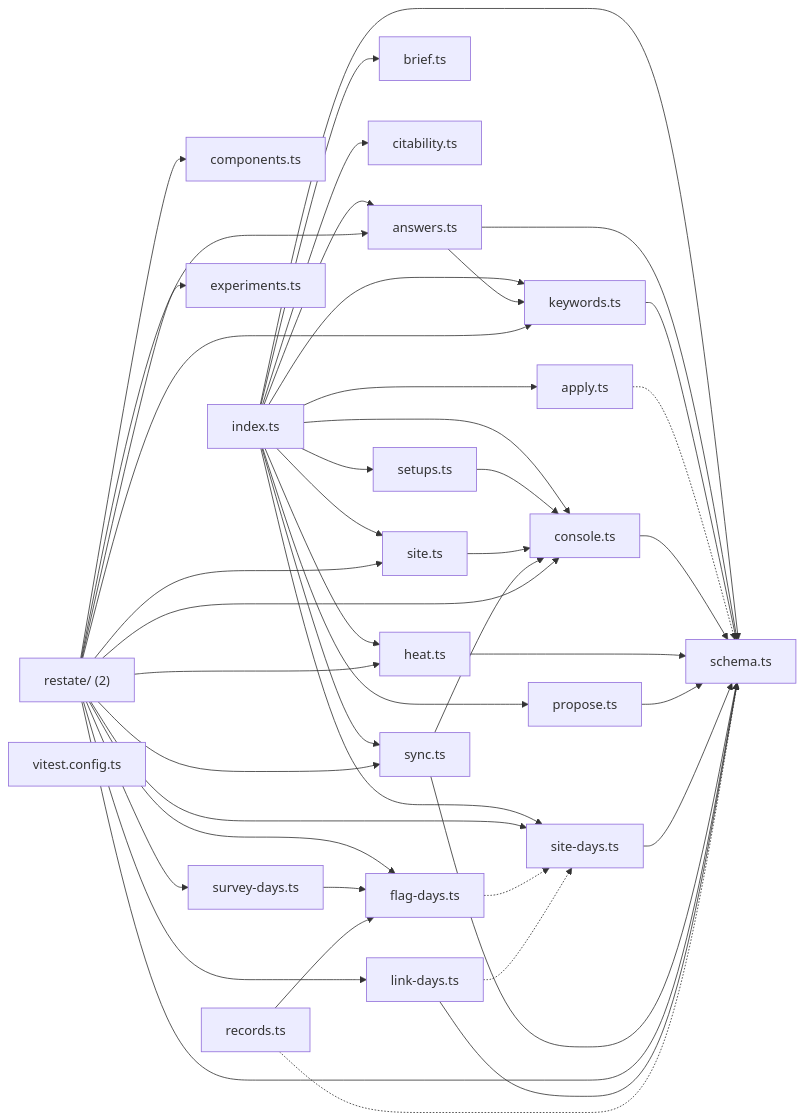
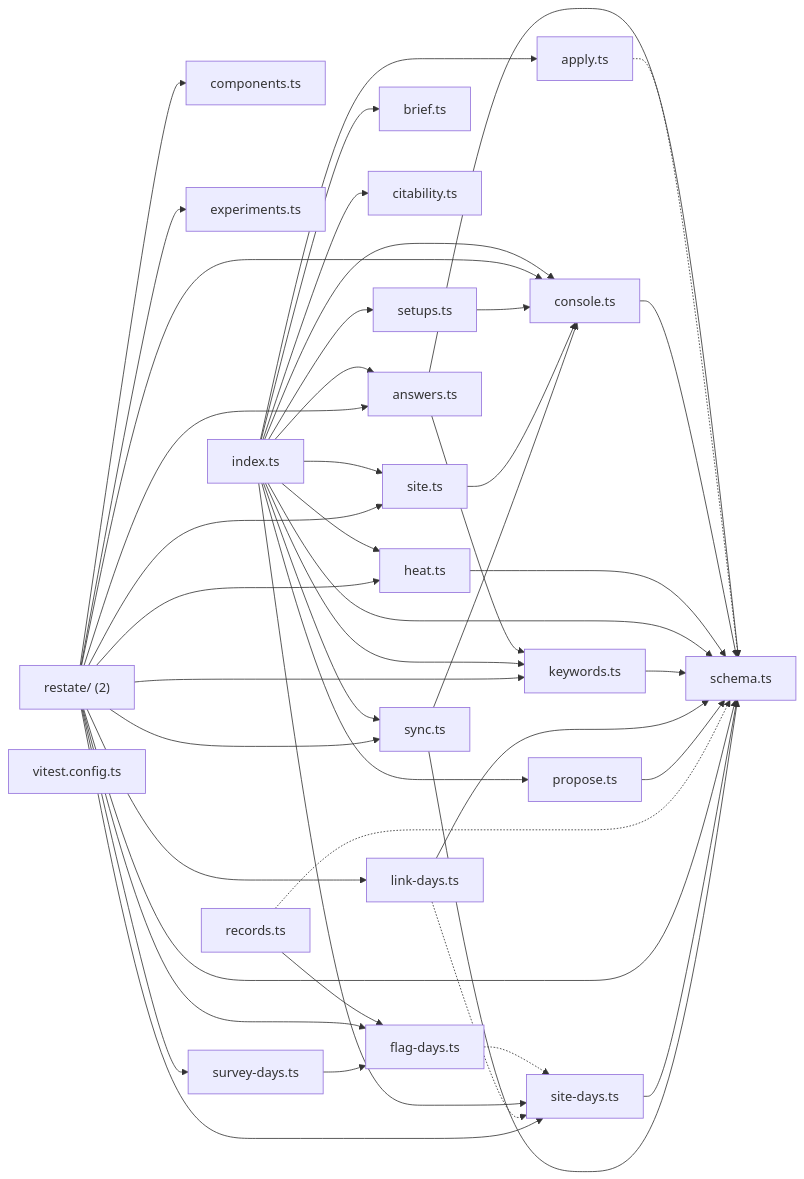
The diagram in map/generated/imports/@wren+channel-search.md (wrenautomation/wren), drawn with Mermaid before and after one commit. The commit also changed other lines of this file and 96 other files, not shown here.

````diff
--- a/map/generated/imports/@wren+channel-search.md
+++ b/map/generated/imports/@wren+channel-search.md
@@ -18,69 +18,69 @@
 ```mermaid
 flowchart LR
-  ncomponents_ts["components.ts"]
-  nindex_ts["index.ts"]
   nanswers_ts["answers.ts"]
-  nkeywords_ts["keywords.ts"]
-  nschema_ts["schema.ts"]
   napply_ts["apply.ts"]
   nbrief_ts["brief.ts"]
   ncitability_ts["citability.ts"]
+  ncomponents_ts["components.ts"]
   nconsole_ts["console.ts"]
+  nexperiments_ts["experiments.ts"]
+  nflag_days_ts["flag-days.ts"]
   nheat_ts["heat.ts"]
+  nindex_ts["index.ts"]
+  nkeywords_ts["keywords.ts"]
+  nlink_days_ts["link-days.ts"]
   npropose_ts["propose.ts"]
+  nrecords_ts["records.ts"]
+  nrestate_["restate/ (2)"]
+  nschema_ts["schema.ts"]
   nsetups_ts["setups.ts"]
   nsite_days_ts["site-days.ts"]
   nsite_ts["site.ts"]
+  nsurvey_days_ts["survey-days.ts"]
   nsync_ts["sync.ts"]
-  nrestate_["restate/ (2)"]
-  nexperiments_ts["experiments.ts"]
-  nflag_days_ts["flag-days.ts"]
-  nlink_days_ts["link-days.ts"]
-  nsurvey_days_ts["survey-days.ts"]
-  nrecords_ts["records.ts"]
   nvitest_config_ts["vitest.config.ts"]
+  nanswers_ts --> nkeywords_ts
+  nanswers_ts --> nschema_ts
+  napply_ts -.-> nschema_ts
+  nconsole_ts --> nschema_ts
+  nflag_days_ts -.-> nsite_days_ts
+  nheat_ts --> nschema_ts
   nindex_ts --> nanswers_ts
   nindex_ts --> napply_ts
   nindex_ts --> nbrief_ts
   nindex_ts --> ncitability_ts
   nindex_ts --> nconsole_ts
   nindex_ts --> nheat_ts
   nindex_ts --> nkeywords_ts
   nindex_ts --> npropose_ts
   nindex_ts --> nschema_ts
   nindex_ts --> nsetups_ts
   nindex_ts --> nsite_days_ts
   nindex_ts --> nsite_ts
   nindex_ts --> nsync_ts
-  nanswers_ts --> nkeywords_ts
-  nanswers_ts --> nschema_ts
   nkeywords_ts --> nschema_ts
-  napply_ts -.-> nschema_ts
-  nconsole_ts --> nschema_ts
-  nheat_ts --> nschema_ts
+  nlink_days_ts --> nschema_ts
+  nlink_days_ts -.-> nsite_days_ts
   npropose_ts --> nschema_ts
-  nsetups_ts --> nconsole_ts
-  nsite_days_ts --> nschema_ts
-  nsite_ts --> nconsole_ts
-  nsync_ts --> nconsole_ts
-  nsync_ts --> nschema_ts
+  nrecords_ts --> nflag_days_ts
+  nrecords_ts -.-> nschema_ts
   nrestate_ --> nanswers_ts
   nrestate_ --> ncomponents_ts
   nrestate_ --> nconsole_ts
   nrestate_ --> nexperiments_ts
   nrestate_ --> nflag_days_ts
   nrestate_ --> nheat_ts
   nrestate_ --> nkeywords_ts
   nrestate_ --> nlink_days_ts
   nrestate_ --> nschema_ts
   nrestate_ --> nsite_days_ts
   nrestate_ --> nsite_ts
   nrestate_ --> nsurvey_days_ts
   nrestate_ --> nsync_ts
-  nflag_days_ts -.-> nsite_days_ts
-  nlink_days_ts --> nschema_ts
-  nlink_days_ts -.-> nsite_days_ts
+  nsetups_ts --> nconsole_ts
+  nsite_days_ts --> nschema_ts
+  nsite_ts --> nconsole_ts
   nsurvey_days_ts --> nflag_days_ts
-  nrecords_ts --> nflag_days_ts
-  nrecords_ts -.-> nschema_ts
+  nsync_ts --> nconsole_ts
+  nsync_ts --> nschema_ts
 ```
````
